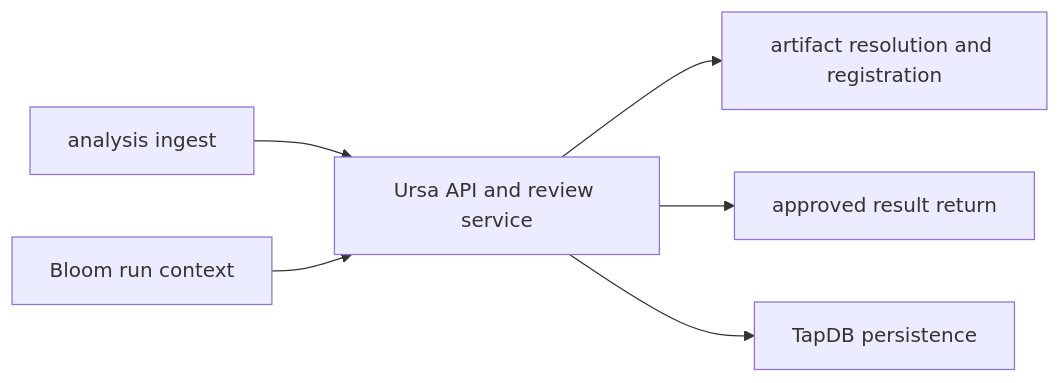
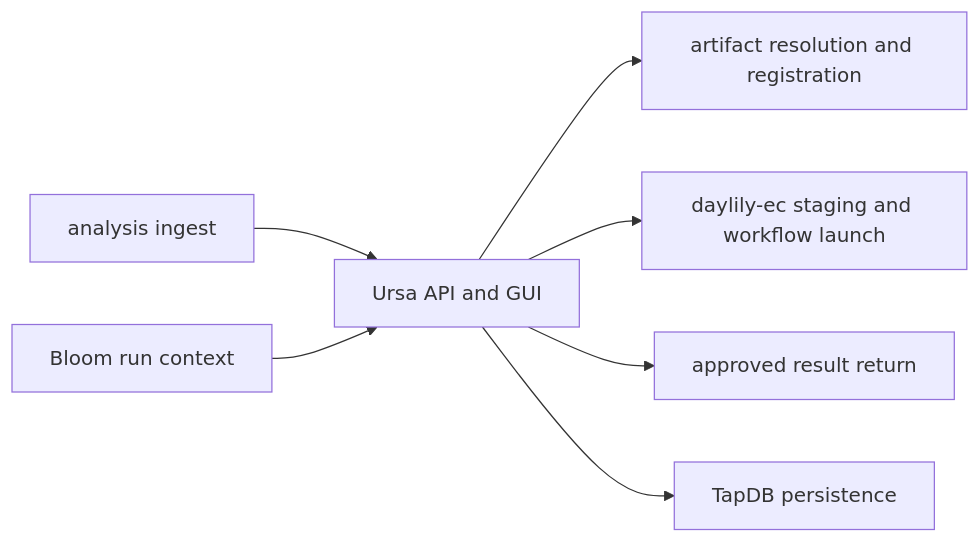
Before and after one commit to Daylily-Informatics/daylily-ursa: the diagram in README.md, drawn with Mermaid. The commit also changed other lines of this file and 15 other files, not shown here.

````diff
--- a/README.md
+++ b/README.md
@@ -23,8 +39,9 @@
 ```mermaid
 flowchart LR
-    Ingest["analysis ingest"] --> Ursa["Ursa API and review service"]
+    Ingest["analysis ingest"] --> Ursa["Ursa API and GUI"]
     Bloom["Bloom run context"] --> Ursa
     Ursa --> Dewey["artifact resolution and registration"]
+    Ursa --> EC["daylily-ec staging and workflow launch"]
     Ursa --> Atlas["approved result return"]
     Ursa --> TapDB["TapDB persistence"]
 ```
````
